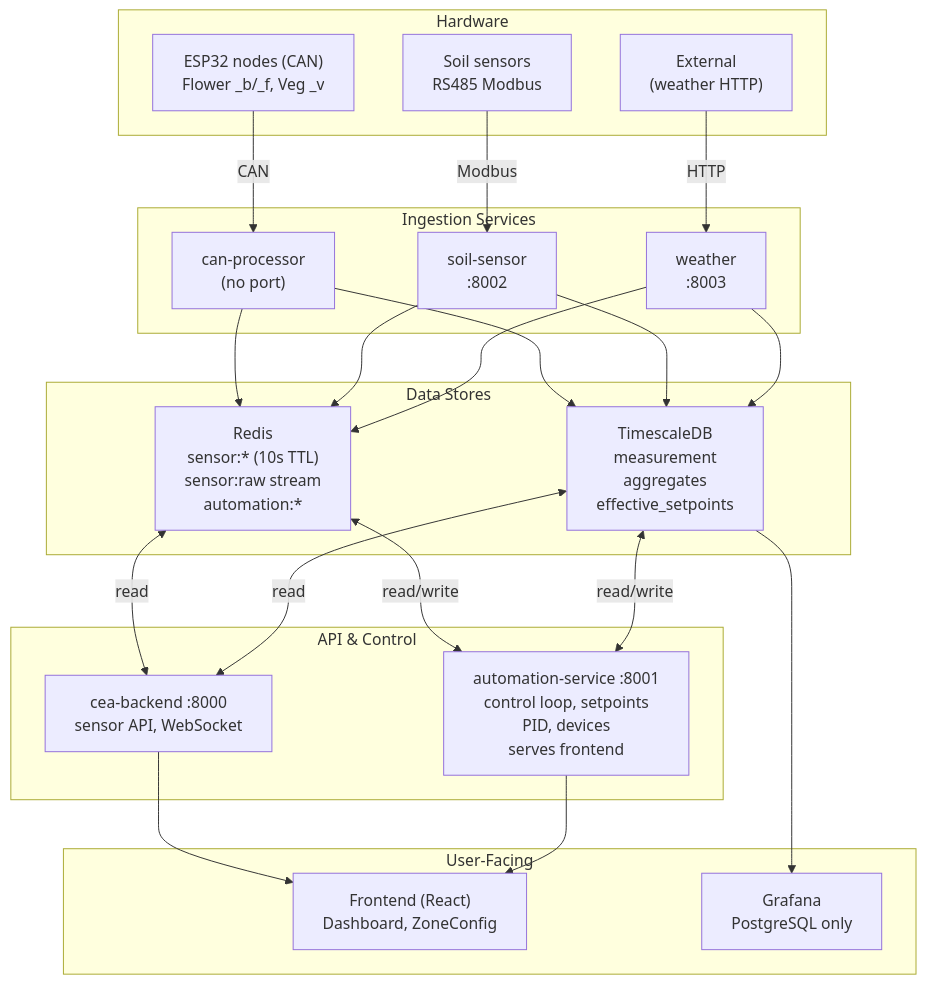
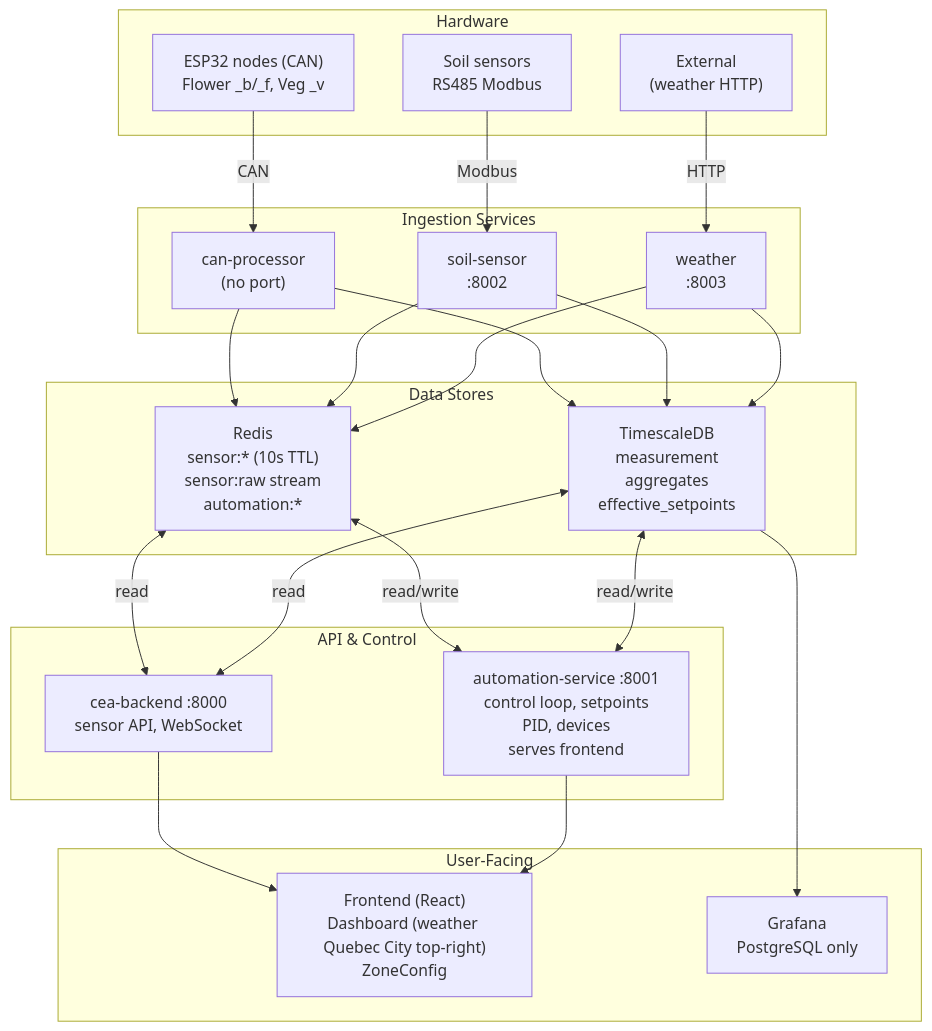
One commit to Phoenix5595/ProjectCEA changed the first of 2 diagrams in ARCHITECTURE_SCHEMATIC.md. Above: the diagram before and after it, drawn with Mermaid. The commit also changed other lines of this file and 12 other files, not shown here.

First line of the commit message:
Dashboard: effective setpoints from Redis, service health, light intensity, Device Config route

````diff
--- a/ARCHITECTURE_SCHEMATIC.md
+++ b/ARCHITECTURE_SCHEMATIC.md
@@ -20,49 +20,49 @@
 ```mermaid
 flowchart TB
   subgraph HARDWARE["Hardware"]
     ESP32["ESP32 nodes (CAN)\nFlower _b/_f, Veg _v"]
     SOIL["Soil sensors\nRS485 Modbus"]
     EXT["External\n(weather HTTP)"]
   end
 
   subgraph INGEST["Ingestion Services"]
     CAN["can-processor\n(no port)"]
     SOIL_SVC["soil-sensor\n:8002"]
     WX["weather\n:8003"]
   end
 
   subgraph STORE["Data Stores"]
     REDIS["Redis\nsensor:* (10s TTL)\nsensor:raw stream\nautomation:*"]
     TSDB["TimescaleDB\nmeasurement\naggregates\neffective_setpoints"]
   end
 
   subgraph API["API & Control"]
     BACK["cea-backend :8000\nsensor API, WebSocket"]
     AUTO["automation-service :8001\ncontrol loop, setpoints\nPID, devices\nserves frontend"]
   end
 
   subgraph UI["User-Facing"]
-    FE["Frontend (React)\nDashboard, ZoneConfig"]
+    FE["Frontend (React)\nDashboard (weather Quebec City top-right)\nZoneConfig"]
     GRAF["Grafana\nPostgreSQL only"]
   end
 
   ESP32 -->|CAN| CAN
   SOIL -->|Modbus| SOIL_SVC
   EXT -->|HTTP| WX
 
   CAN --> REDIS
   CAN --> TSDB
   SOIL_SVC --> REDIS
   SOIL_SVC --> TSDB
   WX --> REDIS
   WX --> TSDB
 
   REDIS <-->|read/write| AUTO
   TSDB <-->|read/write| AUTO
   REDIS <-->|read| BACK
   TSDB <-->|read| BACK
 
   BACK --> FE
   AUTO --> FE
   TSDB --> GRAF
 ```
````
